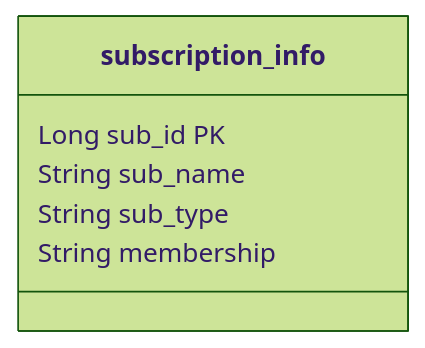
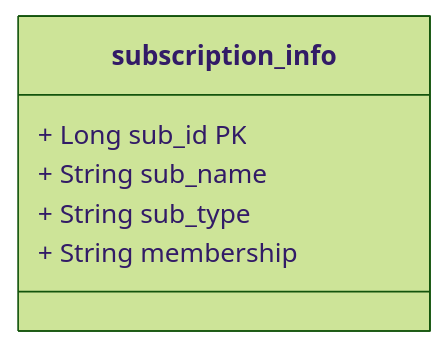
One commit to laila-sb/Assignments4masters changed the second of 2 diagrams in README.md. Above: the diagram before and after it, drawn with Mermaid (forest theme). The commit also changed other lines of this file, not shown here.

````diff
--- a/README.md
+++ b/README.md
@@ -29,9 +29,9 @@
 ```mermaid
 classDiagram
     class subscription_info {
-        Long sub_id PK
-        String sub_name
-        String sub_type
-        String membership
+       +  Long sub_id PK
+       + String sub_name
+       + String sub_type
+       + String membership
     }
 ```
````
